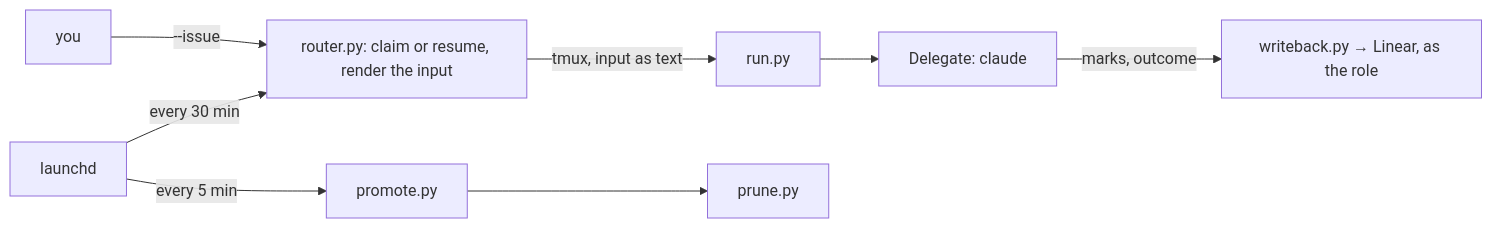
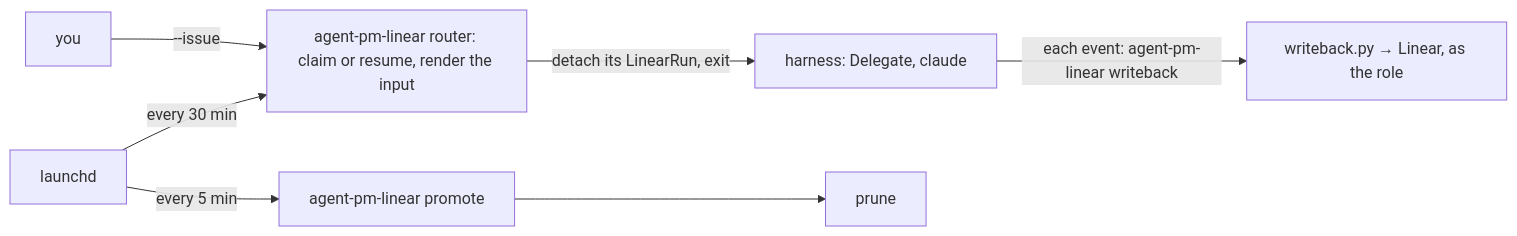
One commit to ophis/agent-pm changed the fourth of 4 diagrams in README.md. Above: the diagram before and after it, drawn with Mermaid. The commit also changed other lines of this file and 55 other files, not shown here.

First line of the commit message:
TASK-374: re-architecture 356-13: router 只触发 删 run.py agent-pm-linear 命令 (#250)

````diff
--- a/README.md
+++ b/README.md
@@ -173,7 +174,7 @@
 ```mermaid
 flowchart LR
-    L[launchd] -->|every 30 min| R["router.py: claim or resume, render the input"] -->|"tmux, input as text"| I[run.py]
+    L[launchd] -->|every 30 min| R["agent-pm-linear router: claim or resume, render the input"] -->|"detach its LinearRun, exit"| I["harness: Delegate, claude"]
     Y[you] -->|"--issue"| R
-    I --> D["Delegate: claude"] -->|"marks, outcome"| W["writeback.py → Linear, as the role"]
-    L -->|every 5 min| P[promote.py] --> X[prune.py]
+    I -->|"each event: agent-pm-linear writeback"| W["writeback.py → Linear, as the role"]
+    L -->|every 5 min| P[agent-pm-linear promote] --> X[prune]
 ```
````
